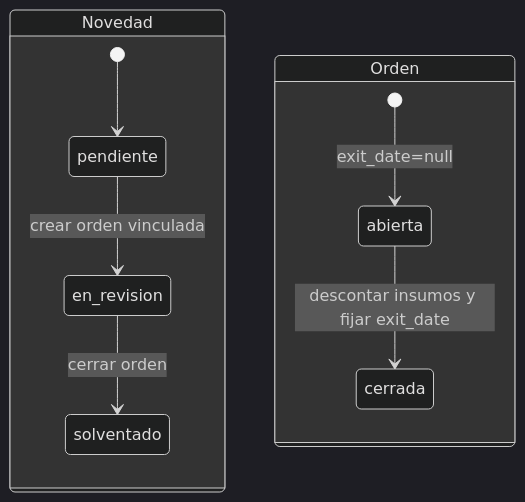
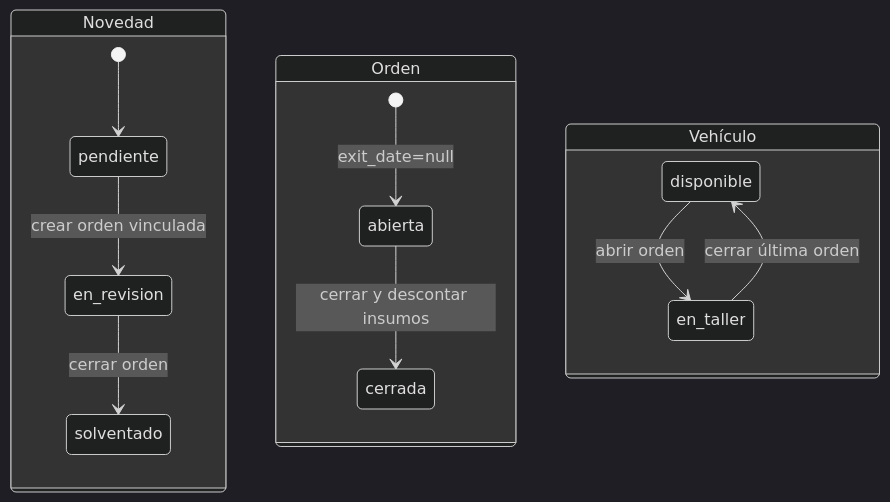
One commit to Thepropollo/back-movilidad-laravel changed the fifth of 7 diagrams in AUDITORIA/maquina-de-estados.md. Above: the diagram before and after it, drawn with Mermaid (dark theme). The commit also changed other lines of this file and 7 other files, not shown here.

````diff
--- a/AUDITORIA/maquina-de-estados.md
+++ b/AUDITORIA/maquina-de-estados.md
@@ -67,12 +77,16 @@
 ```mermaid
 stateDiagram-v2
   state "Novedad" as issue {
     [*] --> pendiente
     pendiente --> en_revision: crear orden vinculada
     en_revision --> solventado: cerrar orden
   }
   state "Orden" as work {
     [*] --> abierta: exit_date=null
-    abierta --> cerrada: descontar insumos y fijar exit_date
+    abierta --> cerrada: cerrar y descontar insumos
+  }
+  state "Vehículo" as vehicle {
+    disponible --> en_taller: abrir orden
+    en_taller --> disponible: cerrar última orden
   }
 ```
````
